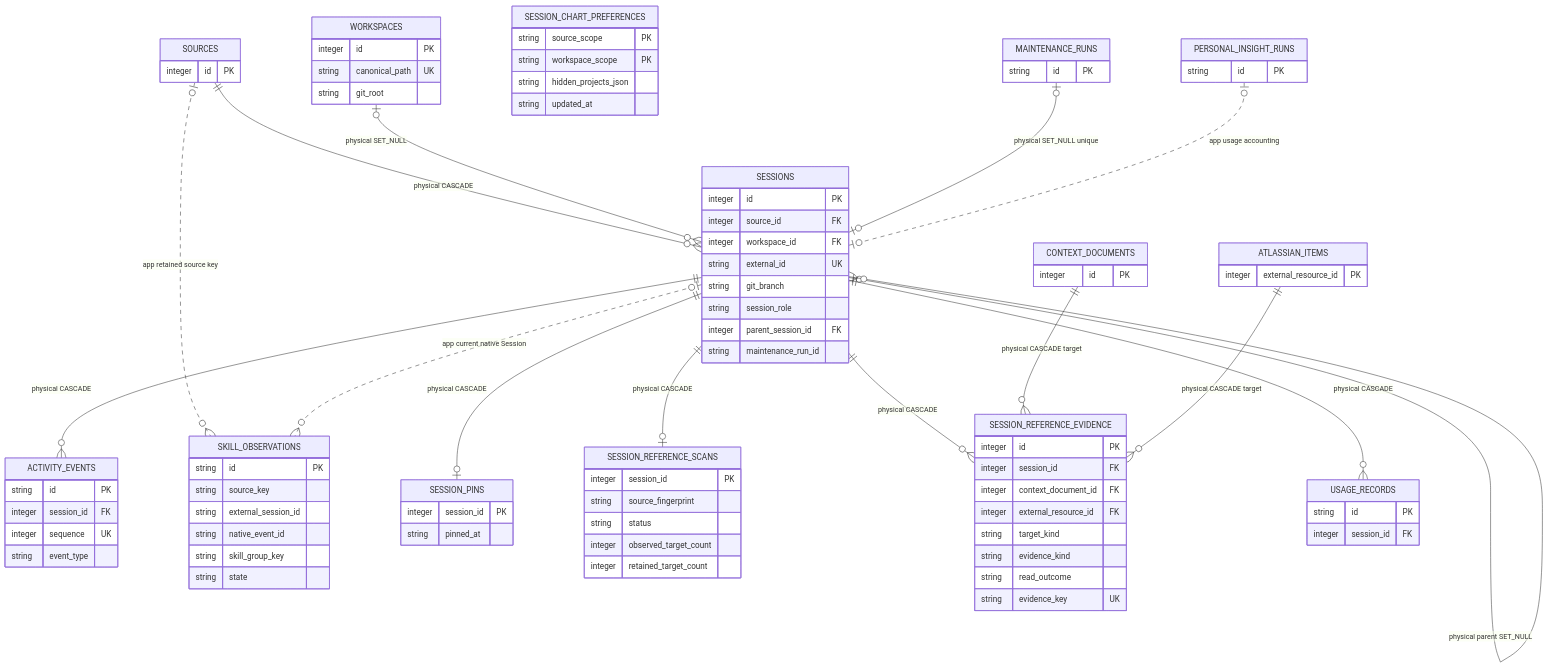
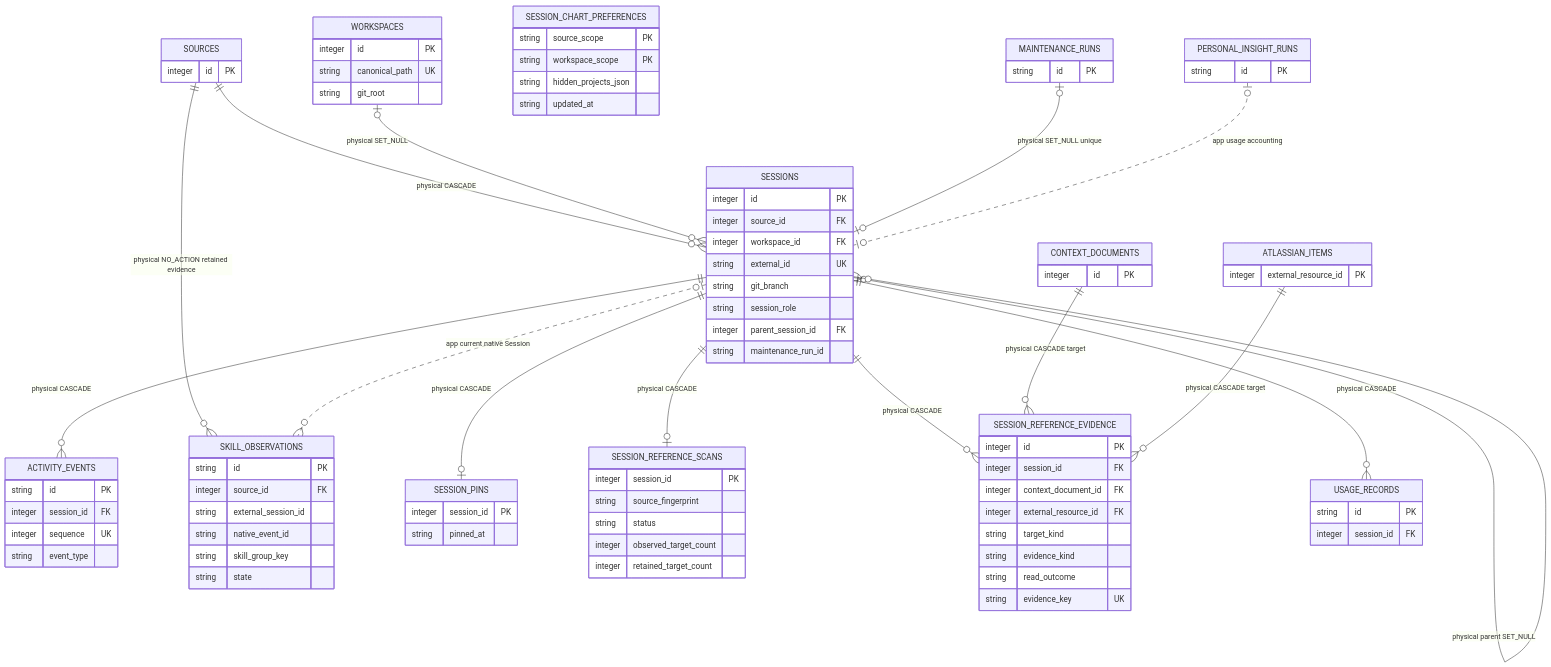
Before and after one commit to chochita0311/local-brain: the diagram in docs/policies/project/data-model/workspace-and-session-activity.md, drawn with Mermaid. The commit also changed other lines of this file and 263 other files, not shown here.

````diff
--- a/docs/policies/project/data-model/workspace-and-session-activity.md
+++ b/docs/policies/project/data-model/workspace-and-session-activity.md
@@ -11,80 +11,80 @@
 ```mermaid
 erDiagram
     SOURCES { integer id PK }
     WORKSPACES {
         integer id PK
         string canonical_path UK
         string git_root
     }
     SESSIONS {
         integer id PK
         integer source_id FK
         integer workspace_id FK
         string external_id UK
         string git_branch
         string session_role
         integer parent_session_id FK
         string maintenance_run_id
     }
     ACTIVITY_EVENTS {
         string id PK
         integer session_id FK
         integer sequence UK
         string event_type
     }
     SKILL_OBSERVATIONS {
         string id PK
-        string source_key
+        integer source_id FK
         string external_session_id
         string native_event_id
         string skill_group_key
         string state
     }
     SESSION_PINS {
         integer session_id PK
         string pinned_at
     }
     SESSION_CHART_PREFERENCES {
         string source_scope PK
         string workspace_scope PK
         string hidden_projects_json
         string updated_at
     }
     SESSION_REFERENCE_SCANS {
         integer session_id PK
         string source_fingerprint
         string status
         integer observed_target_count
         integer retained_target_count
     }
     SESSION_REFERENCE_EVIDENCE {
         integer id PK
         integer session_id FK
         integer context_document_id FK
         integer external_resource_id FK
         string target_kind
         string evidence_kind
         string read_outcome
         string evidence_key UK
     }
     CONTEXT_DOCUMENTS { integer id PK }
     ATLASSIAN_ITEMS { integer external_resource_id PK }
     MAINTENANCE_RUNS { string id PK }
     PERSONAL_INSIGHT_RUNS { string id PK }
     USAGE_RECORDS { string id PK integer session_id FK }
 
     SOURCES ||--o{ SESSIONS : "physical CASCADE"
     WORKSPACES o|--o{ SESSIONS : "physical SET_NULL"
     SESSIONS o|--o{ SESSIONS : "physical parent SET_NULL"
     SESSIONS ||--o{ ACTIVITY_EVENTS : "physical CASCADE"
-    SOURCES o|..o{ SKILL_OBSERVATIONS : "app retained source key"
+    SOURCES ||--o{ SKILL_OBSERVATIONS : "physical NO_ACTION retained evidence"
     SESSIONS o|..o{ SKILL_OBSERVATIONS : "app current native Session"
     SESSIONS ||--o| SESSION_PINS : "physical CASCADE"
     SESSIONS ||--o| SESSION_REFERENCE_SCANS : "physical CASCADE"
     SESSIONS ||--o{ SESSION_REFERENCE_EVIDENCE : "physical CASCADE"
     CONTEXT_DOCUMENTS ||--o{ SESSION_REFERENCE_EVIDENCE : "physical CASCADE target"
     ATLASSIAN_ITEMS ||--o{ SESSION_REFERENCE_EVIDENCE : "physical CASCADE target"
     SESSIONS ||--o{ USAGE_RECORDS : "physical CASCADE"
     MAINTENANCE_RUNS o|--o| SESSIONS : "physical SET_NULL unique"
     PERSONAL_INSIGHT_RUNS o|..o| SESSIONS : "app usage accounting"
 ```
````
